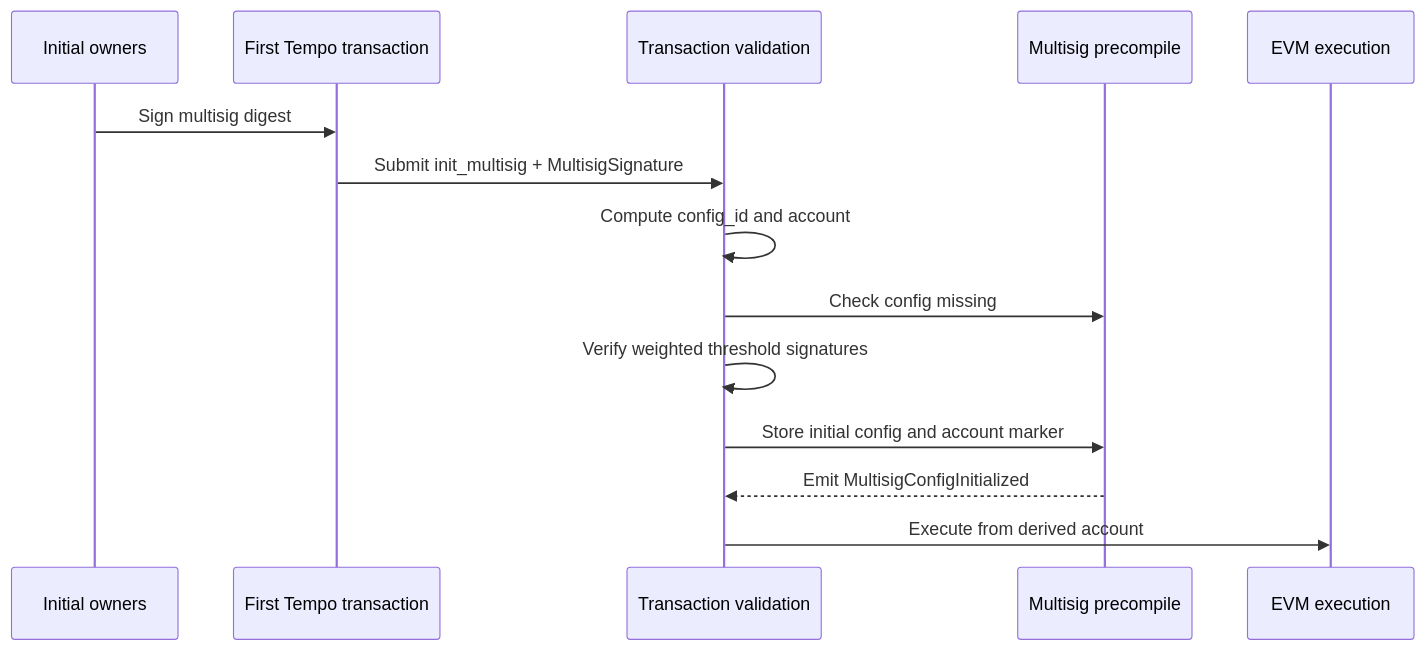
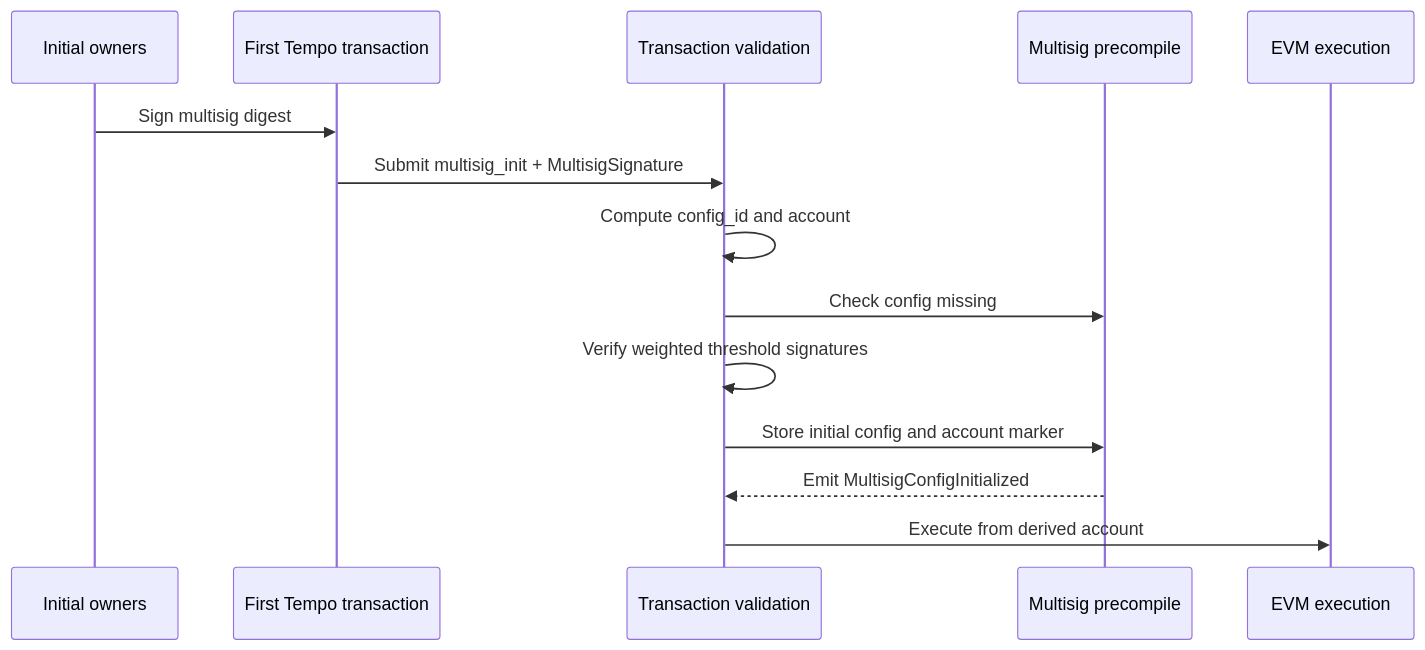
One commit to tempoxyz/tempo changed the first of 2 diagrams in tips/tip-1061.md. Above: the diagram before and after it, drawn with Mermaid. The commit also changed other lines of this file, not shown here.

Commit message:
docs(tip): refine native multisig accounts draft

````diff
--- a/tips/tip-1061.md
+++ b/tips/tip-1061.md
@@ -308,17 +343,17 @@
 ```mermaid
 sequenceDiagram
   participant Owners as Initial owners
   participant Tx as First Tempo transaction
   participant Protocol as Transaction validation
   participant MS as Multisig precompile
   participant EVM as EVM execution
 
   Owners->>Tx: Sign multisig digest
-  Tx->>Protocol: Submit init_multisig + MultisigSignature
+  Tx->>Protocol: Submit multisig_init + MultisigSignature
   Protocol->>Protocol: Compute config_id and account
   Protocol->>MS: Check config missing
   Protocol->>Protocol: Verify weighted threshold signatures
   Protocol->>MS: Store initial config and account marker
   MS-->>Protocol: Emit MultisigConfigInitialized
   Protocol->>EVM: Execute from derived account
 ```
````
